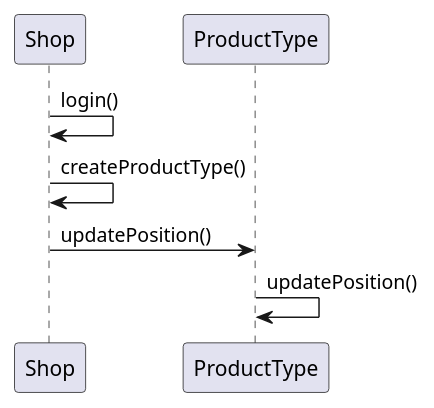
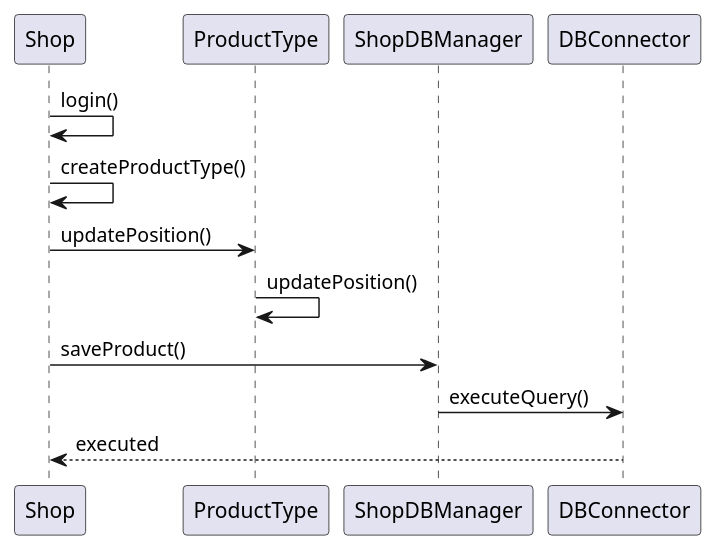
One commit to Ralls0/ezshop changed the third of 9 diagrams in Deliverables/DesignDocument.md. Above: the diagram before and after it, drawn with PlantUML. The commit also changed other lines of this file, not shown here.

Commit message:
Update Verification sequence diagram

````diff
--- a/Deliverables/DesignDocument.md
+++ b/Deliverables/DesignDocument.md
@@ -358,6 +358,9 @@
 ```plantuml
 Shop -> Shop : login()
 Shop -> Shop : createProductType()
 Shop -> ProductType : updatePosition()
 ProductType -> ProductType : updatePosition()
+Shop -> ShopDBManager : saveProduct()
+ShopDBManager -> DBConnector : executeQuery()
+DBConnector --> Shop: executed
 ```
````
